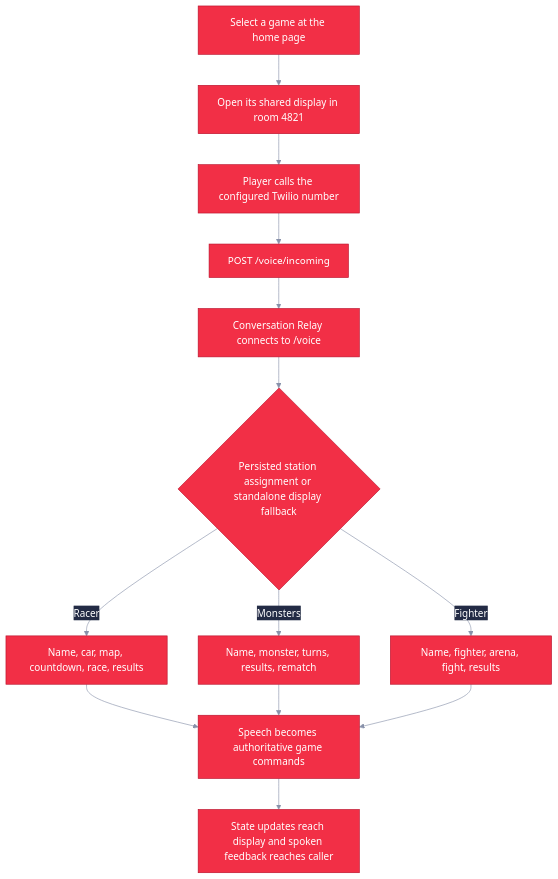
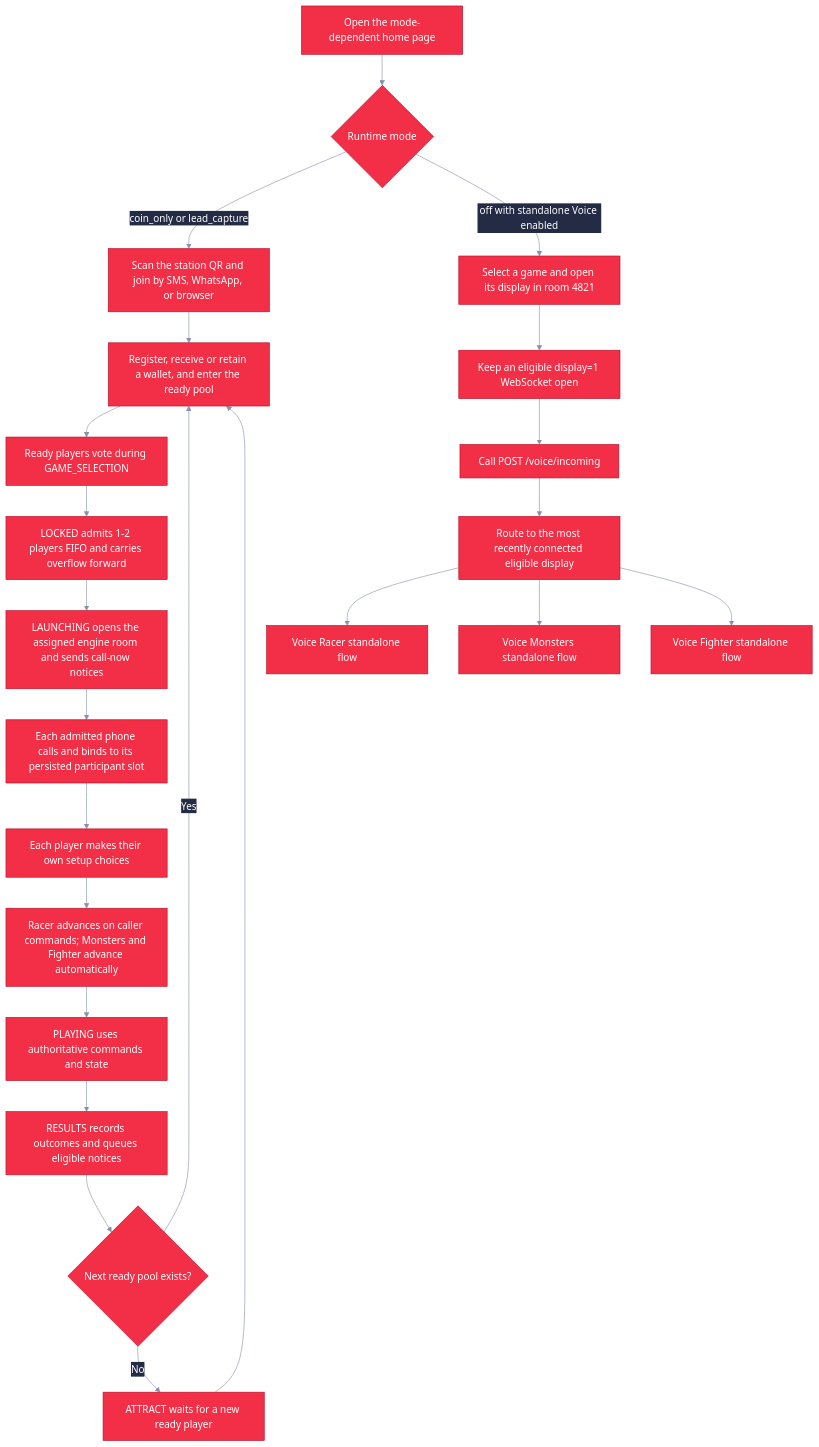
The second of 2 diagrams in README.md (agithony/twilio-games), drawn with Mermaid before and after one commit. The commit also changed other lines of this file and 36 other files, not shown here.

````diff
--- a/README.md
+++ b/README.md
@@ -96,16 +100,28 @@
 ```mermaid
 %%{init: {"theme":"base","themeVariables":{"primaryColor":"#F22F46","primaryTextColor":"#FFFFFF","primaryBorderColor":"#B80F2A","lineColor":"#8891AA","secondaryColor":"#232B45","tertiaryColor":"#000D25"}}}%%
 flowchart TD
-  Select[Select a game at the home page] --> Display[Open its shared display in room 4821]
-  Display --> Call[Player calls the configured Twilio number]
-  Call --> Incoming[POST /voice/incoming]
-  Incoming --> Relay[Conversation Relay connects to /voice]
-  Relay --> Route{Persisted station assignment or standalone display fallback}
-  Route -->|Racer| RaceFlow[Name, car, map, countdown, race, results]
-  Route -->|Monsters| MonsterFlow[Name, monster, turns, results, rematch]
-  Route -->|Fighter| FighterFlow[Name, fighter, arena, fight, results]
-  RaceFlow --> Commands[Speech becomes authoritative game commands]
-  MonsterFlow --> Commands
-  FighterFlow --> Commands
-  Commands --> Updates[State updates reach display and spoken feedback reaches caller]
+  Home[Open the mode-dependent home page] --> Mode{Runtime mode}
+
+  Mode -->|coin_only or lead_capture| Join[Scan the station QR and join by SMS, WhatsApp, or browser]
+  Join --> Ready[Register, receive or retain a wallet, and enter the ready pool]
+  Ready --> Vote[Ready players vote during GAME_SELECTION]
+  Vote --> Lock[LOCKED admits 1-2 players FIFO and carries overflow forward]
+  Lock --> Launch[LAUNCHING opens the assigned engine room and sends call-now notices]
+  Launch --> Calls[Each admitted phone calls and binds to its persisted participant slot]
+  Calls --> Setup[Each player makes their own setup choices]
+  Setup --> Gates[Racer advances on caller commands; Monsters and Fighter advance automatically]
+  Gates --> Play[PLAYING uses authoritative commands and state]
+  Play --> Results[RESULTS records outcomes and queues eligible notices]
+  Results --> Next{Next ready pool exists?}
+  Next -->|Yes| Ready
+  Next -->|No| Attract[ATTRACT waits for a new ready player]
+  Attract --> Ready
+
+  Mode -->|off with standalone Voice enabled| Select[Select a game and open its display in room 4821]
+  Select --> Open[Keep an eligible display=1 WebSocket open]
+  Open --> Incoming[Call POST /voice/incoming]
+  Incoming --> Route[Route to the most recently connected eligible display]
+  Route --> Racer[Voice Racer standalone flow]
+  Route --> Monsters[Voice Monsters standalone flow]
+  Route --> Fighter[Voice Fighter standalone flow]
 ```
````
